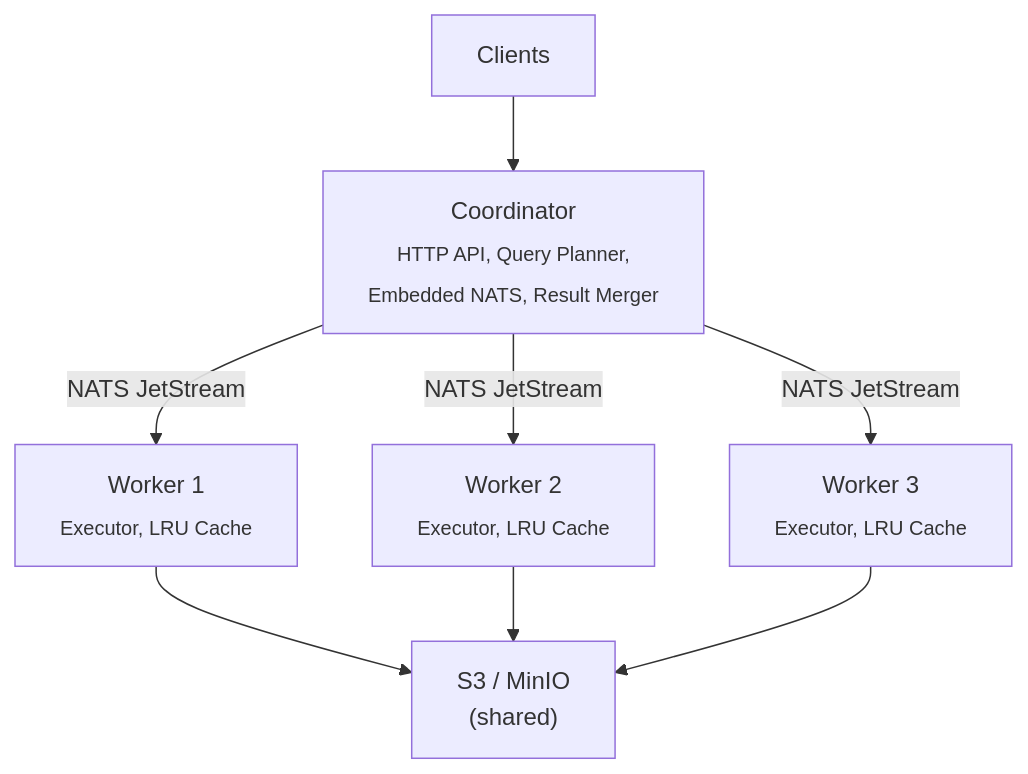
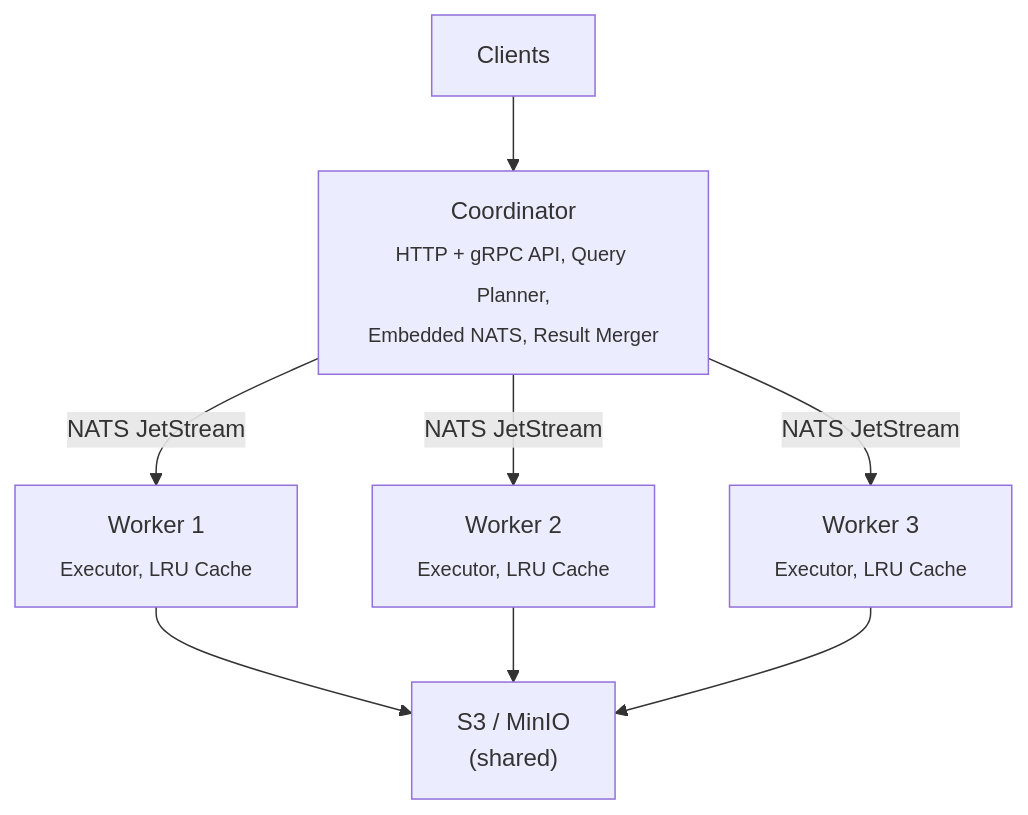
Before and after one commit to derekmwright/wadjet: the first of 3 diagrams in docs/distributed.md, drawn with Mermaid. The commit also changed other lines of this file and 25 other files, not shown here.

First line of the commit message:
Add gRPC API and remove pkg/ directory

````diff
--- a/docs/distributed.md
+++ b/docs/distributed.md
@@ -7,17 +7,17 @@
 ```mermaid
 graph TD
     CL["Clients"]
-    CO["Coordinator<br/><sub>HTTP API, Query Planner,<br/>Embedded NATS, Result Merger</sub>"]
+    CO["Coordinator<br/><sub>HTTP + gRPC API, Query Planner,<br/>Embedded NATS, Result Merger</sub>"]
     W1["Worker 1<br/><sub>Executor, LRU Cache</sub>"]
     W2["Worker 2<br/><sub>Executor, LRU Cache</sub>"]
     W3["Worker 3<br/><sub>Executor, LRU Cache</sub>"]
     S3["S3 / MinIO<br/>(shared)"]
 
     CL --> CO
     CO -- "NATS JetStream" --> W1
     CO -- "NATS JetStream" --> W2
     CO -- "NATS JetStream" --> W3
     W1 --> S3
     W2 --> S3
     W3 --> S3
 ```
````
